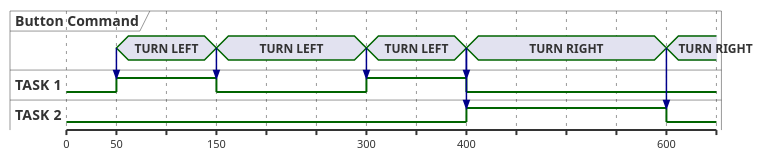
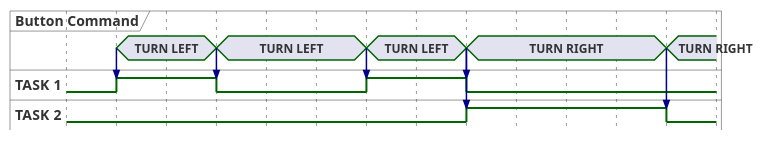
Before and after one commit to cygni/cts2023-turn-cygnicator: the diagram in puml/step_2.iuml, drawn with PlantUML. The commit also changed 3 other files, not shown here.

Commit message:
Hide time axis on pumls

```diff
--- a/puml/step_2.iuml
+++ b/puml/step_2.iuml
@@ -1,43 +1,44 @@
 @startuml
 
+hide time-axis
 concise "Button Command" as button
 binary "TASK 1" as t1
 binary "TASK 2" as t2
 
 @0
 t1 is IDLE
 t2 is IDLE
 
 @50
 button is "TURN LEFT"
 button -> t1
 t1 is HIGH
 
 
 @150
 button is "TURN LEFT"
 button -> t1
 t1 is LOW
 
 
 @300
 button is "TURN LEFT"
 button -> t1
 t1 is HIGH
 
 
 @400
 button is "TURN RIGHT"
 button -> t2
 button -> t1
 t2 is HIGH
 t1 is LOW
 
 
 @600
 button is "TURN RIGHT"
 button -> t2
 t2 is LOW
 
 
 @enduml
```
